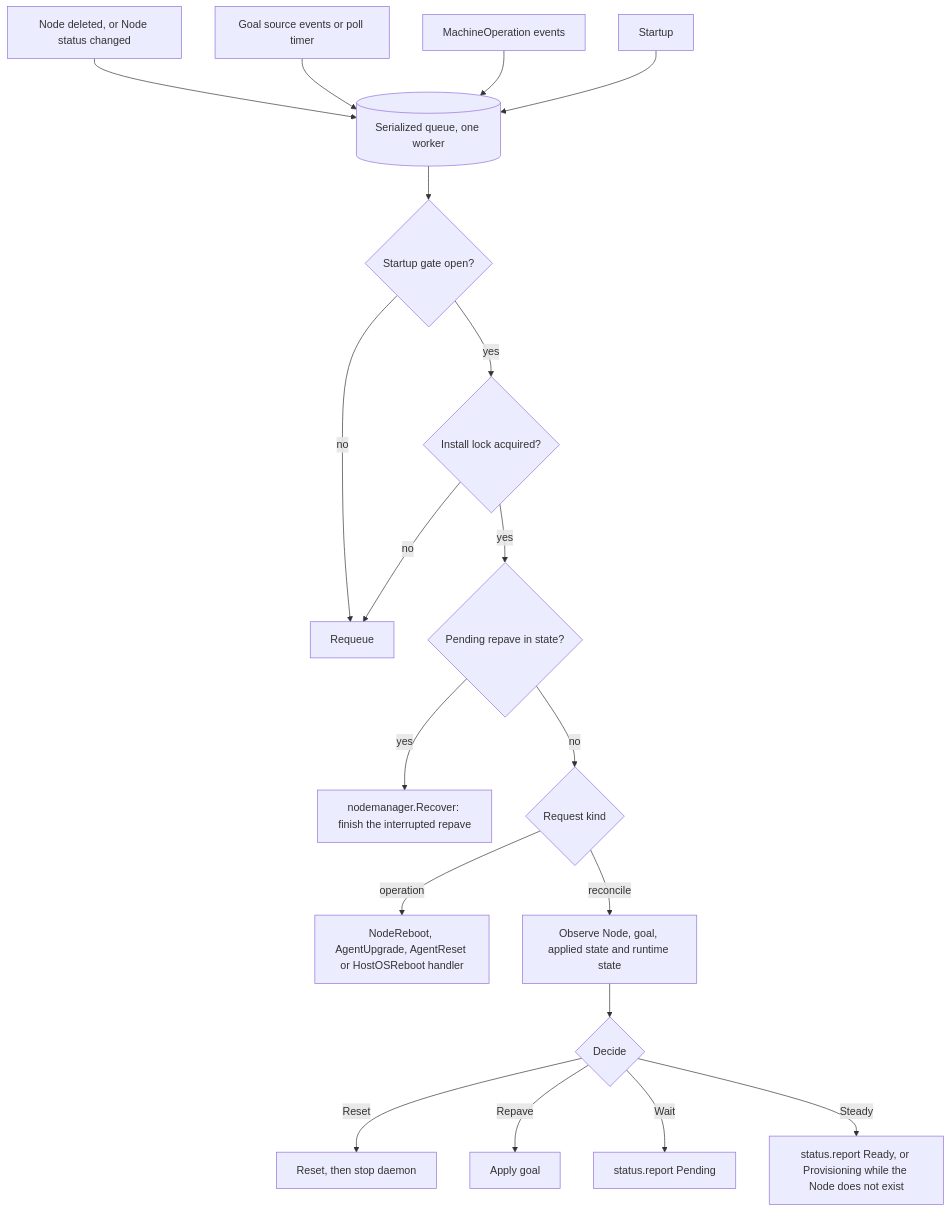
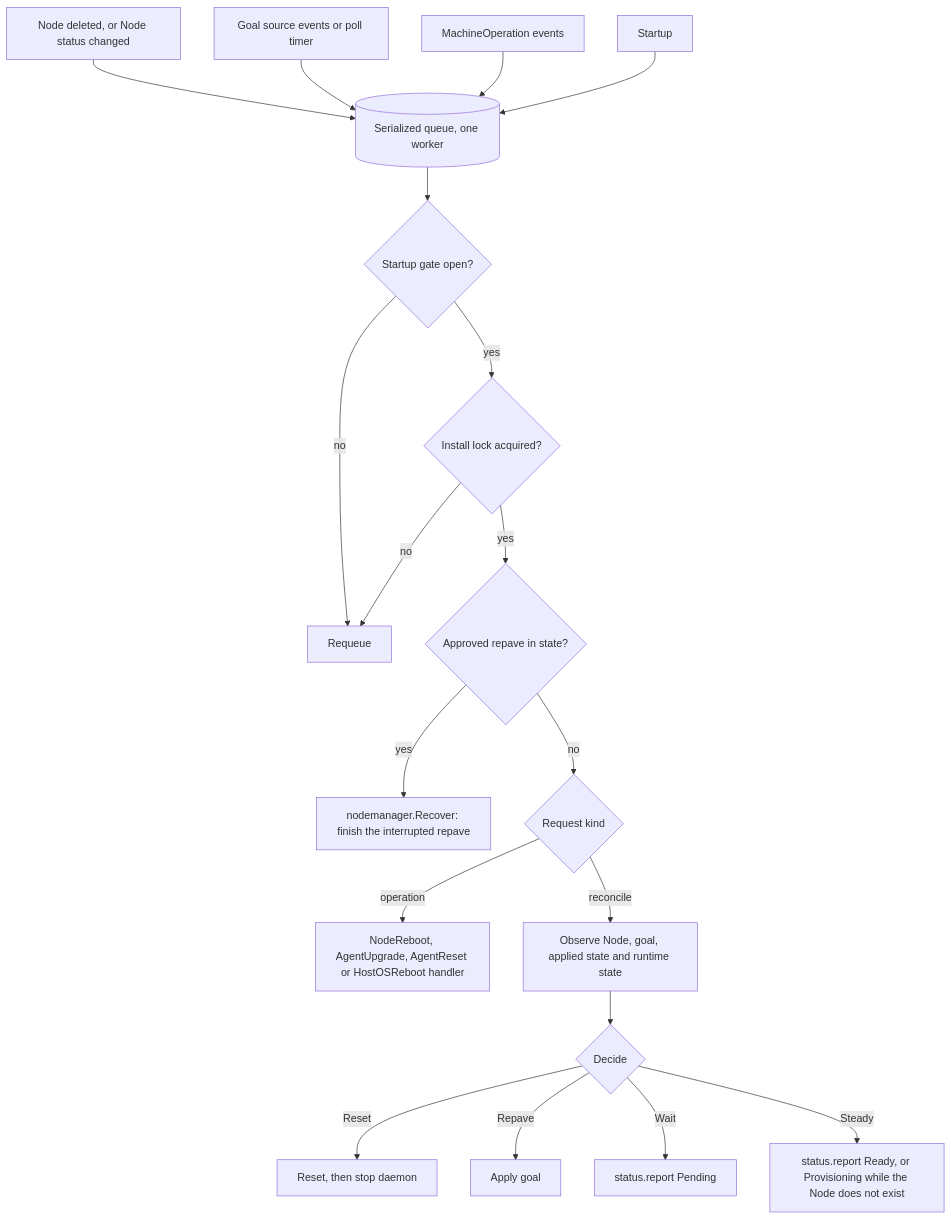
Before and after one commit to Azure/unbounded: the diagram in designs/agent-v2/04-control-and-state.md, drawn with Mermaid. The commit also changed other lines of this file and 10 other files, not shown here.

````diff
--- a/designs/agent-v2/04-control-and-state.md
+++ b/designs/agent-v2/04-control-and-state.md
@@ -187,21 +194,21 @@
 ```mermaid
 flowchart TD
   T1["Node deleted, or Node status changed"] --> Q
   T2["Goal source events or poll timer"] --> Q
   T3["MachineOperation events"] --> Q
   T4["Startup"] --> Q
   Q[("Serialized queue, one worker")] --> G{"Startup gate open?"}
   G -- no --> RQ["Requeue"]
   G -- yes --> L{"Install lock acquired?"}
   L -- no --> RQ
-  L -- yes --> P{"Pending repave in state?"}
+  L -- yes --> P{"Approved repave in state?"}
   P -- yes --> RF["nodemanager.Recover: finish the interrupted repave"]
   P -- no --> K{"Request kind"}
   K -- operation --> OP["NodeReboot, AgentUpgrade, AgentReset or HostOSReboot handler"]
   K -- reconcile --> O["Observe Node, goal, applied state and runtime state"]
   O --> D{"Decide"}
   D -- Reset --> RS["Reset, then stop daemon"]
   D -- Repave --> AP["Apply goal"]
   D -- Wait --> W["status.report Pending"]
   D -- Steady --> S["status.report Ready, or Provisioning while the Node does not exist"]
 ```
````
